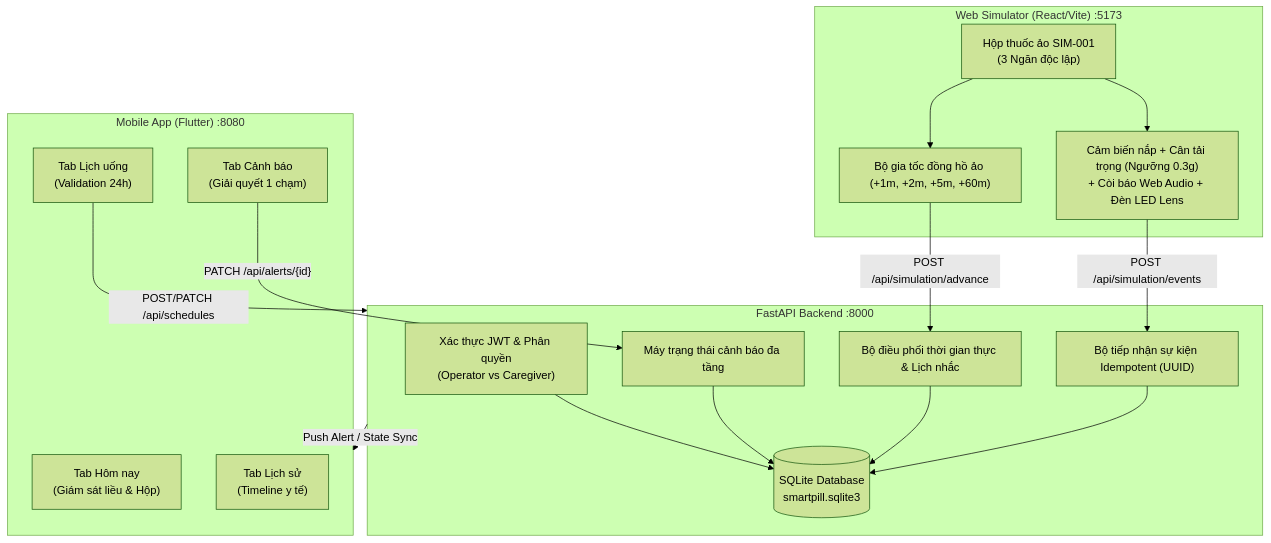
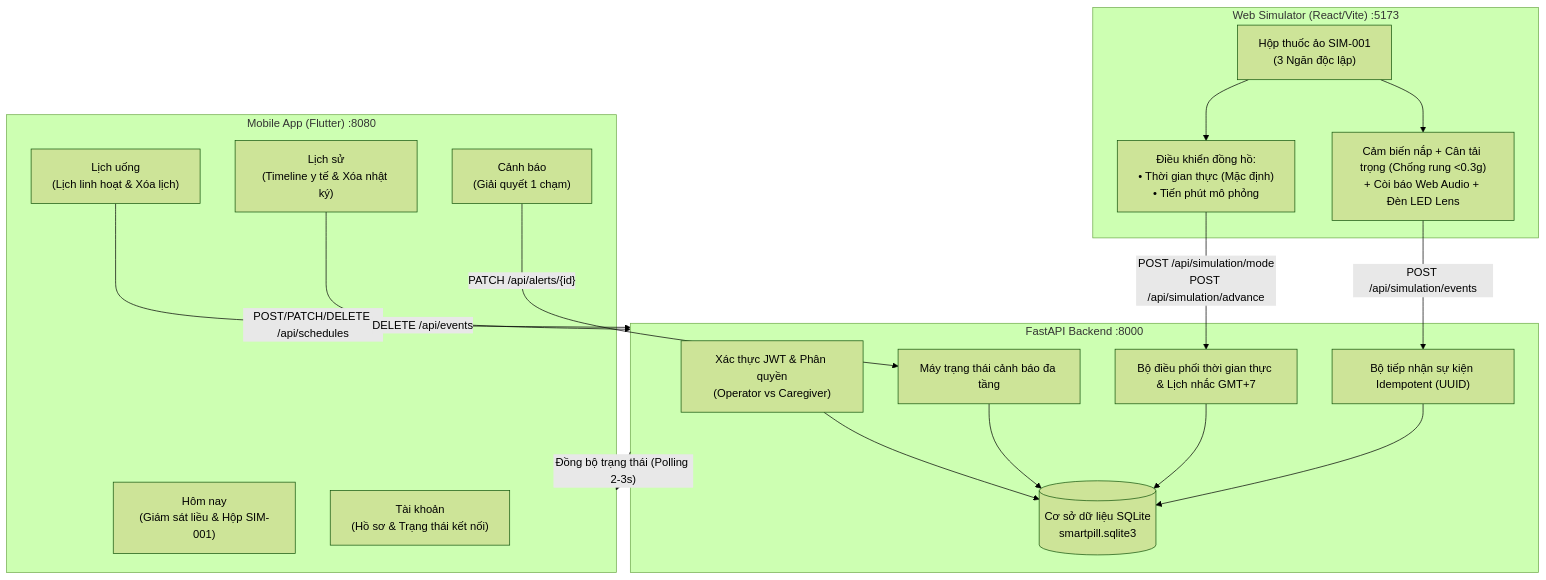
One commit to TanNguyen234/smart-pill-box changed the diagram in README.md. Above: the diagram before and after it, drawn with Mermaid (forest theme). The commit also changed other lines of this file and 1 other file, not shown here.

````diff
--- a/README.md
+++ b/README.md
@@ -35,36 +103,38 @@
 ```mermaid
 flowchart TD
     subgraph Hardware_Simulation["Web Simulator (React/Vite) :5173"]
         SIM["Hộp thuốc ảo SIM-001\n(3 Ngăn độc lập)"]
-        Sensors["Cảm biến nắp + Cân tải trọng (Ngưỡng 0.3g)\n+ Còi báo Web Audio + Đèn LED Lens"]
-        ClockSim["Bộ gia tốc đồng hồ ảo (+1m, +2m, +5m, +60m)"]
+        Sensors["Cảm biến nắp + Cân tải trọng (Chống rung <0.3g)\n+ Còi báo Web Audio + Đèn LED Lens"]
+        ClockControls["Điều khiển đồng hồ:\n• Thời gian thực (Mặc định)\n• Tiến phút mô phỏng"]
         SIM --> Sensors
-        SIM --> ClockSim
+        SIM --> ClockControls
     end
 
     subgraph Backend_Core["FastAPI Backend :8000"]
         AuthModule["Xác thực JWT & Phân quyền\n(Operator vs Caregiver)"]
-        ClockEngine["Bộ điều phối thời gian thực & Lịch nhắc"]
+        ClockEngine["Bộ điều phối thời gian thực & Lịch nhắc GMT+7"]
         EventPipeline["Bộ tiếp nhận sự kiện Idempotent (UUID)"]
         AlertDispatcher["Máy trạng thái cảnh báo đa tầng"]
-        SQLiteDB[(SQLite Database\nsmartpill.sqlite3)]
+        SQLiteDB[(Cơ sở dữ liệu SQLite\nsmartpill.sqlite3)]
         
         AuthModule --> SQLiteDB
         ClockEngine --> SQLiteDB
         EventPipeline --> SQLiteDB
         AlertDispatcher --> SQLiteDB
     end
 
     subgraph Caregiver_App["Mobile App (Flutter) :8080"]
-        TabToday["Tab Hôm nay\n(Giám sát liều & Hộp)"]
-        TabSchedule["Tab Lịch uống\n(Validation 24h)"]
-        TabTimeline["Tab Lịch sử\n(Timeline y tế)"]
-        TabAlerts["Tab Cảnh báo\n(Giải quyết 1 chạm)"]
+        TabToday["Hôm nay\n(Giám sát liều & Hộp SIM-001)"]
+        TabSchedule["Lịch uống\n(Lịch linh hoạt & Xóa lịch)"]
+        TabTimeline["Lịch sử\n(Timeline y tế & Xóa nhật ký)"]
+        TabAlerts["Cảnh báo\n(Giải quyết 1 chạm)"]
+        TabAccount["Tài khoản\n(Hồ sơ & Trạng thái kết nối)"]
     end
 
-    ClockSim -- "POST /api/simulation/advance" --> ClockEngine
+    ClockControls -- "POST /api/simulation/mode\nPOST /api/simulation/advance" --> ClockEngine
     Sensors -- "POST /api/simulation/events" --> EventPipeline
-    Backend_Core -- "Push Alert / State Sync" --> Caregiver_App
-    TabSchedule -- "POST/PATCH /api/schedules" --> Backend_Core
+    Backend_Core -- "Đồng bộ trạng thái (Polling 2-3s)" --> Caregiver_App
+    TabSchedule -- "POST/PATCH/DELETE /api/schedules" --> Backend_Core
+    TabTimeline -- "DELETE /api/events" --> Backend_Core
     TabAlerts -- "PATCH /api/alerts/{id}" --> AlertDispatcher
 ```
````
